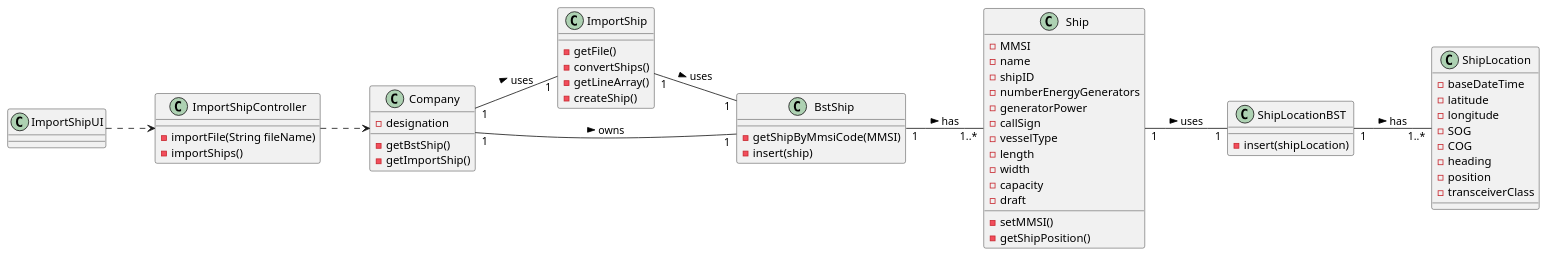
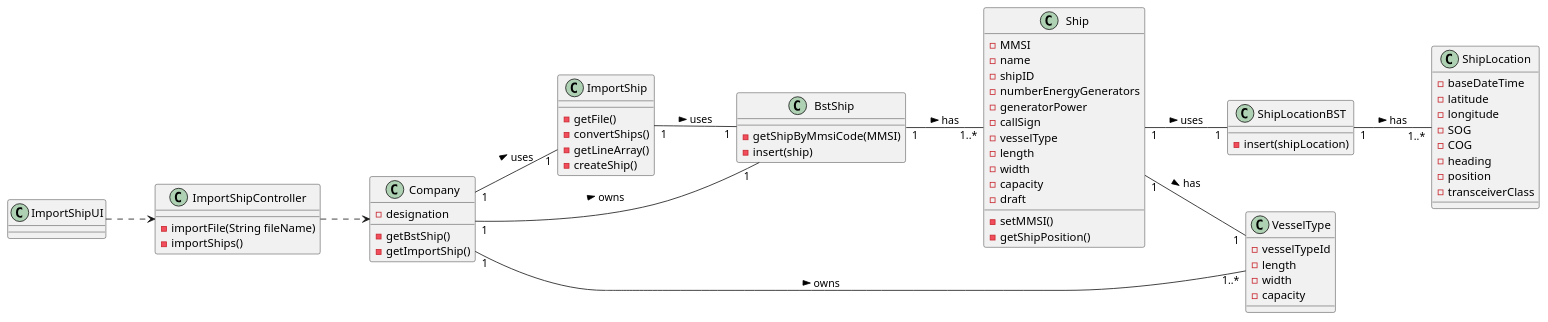
One commit to 0franciscor/lapr3-2021-g042 changed the diagram in docs/US101/US101_CD.puml. Above: the diagram before and after it, drawn with PlantUML. The commit also changed 1 other file, not shown here.

Commit message:
G42-75 #comment Changes to the Class Diagram

```diff
--- a/docs/US101/US101_CD.puml
+++ b/docs/US101/US101_CD.puml
@@ -1,80 +1,91 @@
 @startuml
 left to right direction
 
 
 class Company{
 -designation
 -getBstShip()
 -getImportShip()
 }
 
 class Ship {
 -MMSI
 -name
 -shipID
 -numberEnergyGenerators
 -generatorPower
 -callSign
 -vesselType
 -length
 -width
 -capacity
 -draft
 -setMMSI()
 -getShipPosition()
 }
 
 class ImportShip{
 -getFile()
 -convertShips()
 -getLineArray()
 -createShip()
 }
 
 class ImportShipController{
 -importFile(String fileName)
 -importShips()
 }
 
 class ImportShipUI{
 }
 
 class ShipLocation{
 -baseDateTime
 -latitude
 -longitude
 -SOG
 -COG
 -heading
 -position
 -transceiverClass
 }
 
 class ShipLocationBST{
 -insert(shipLocation)
 }
 
 class BstShip{
 -getShipByMmsiCode(MMSI)
 -insert(ship)
 }
 
+class VesselType {
+-vesselTypeId
+-length
+-width
+-capacity
+}
+
 ImportShipUI ..> ImportShipController
 
 ImportShipController ..> Company
 
 ImportShip "1" -- "1" BstShip : uses >
 
 Company "1" -- "1" BstShip : owns >
 
+Company "1" -- "1..*" VesselType : owns >
+
 Company "1" -- "1" ImportShip : uses >
 
 BstShip "1" -- "1..*" Ship : has >
 
 Ship "1" -- "1" ShipLocationBST : uses >
 
+Ship "1" -- "1" VesselType : has >
+
 ShipLocationBST "1" -- "1..*" ShipLocation : has >
 
 
 
 @enduml
```
